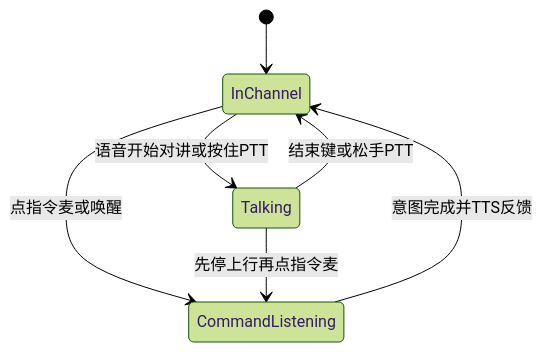
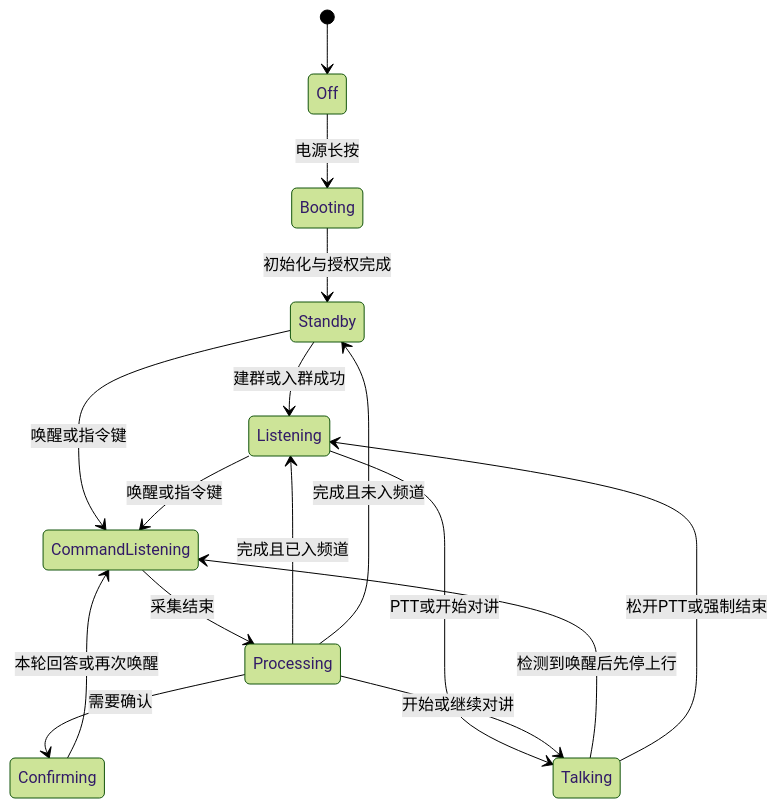
Before and after one commit to AdairZeng/fleet-ptt: the diagram in docs/product-design.md, drawn with Mermaid (forest theme). The commit also changed other lines of this file and 3 other files, not shown here.

````diff
--- a/docs/product-design.md
+++ b/docs/product-design.md
@@ -34,9 +125,18 @@
 ```mermaid
 stateDiagram-v2
-  [*] --> InChannel
-  InChannel --> CommandListening: 点指令麦或唤醒
-  CommandListening --> InChannel: 意图完成并TTS反馈
-  InChannel --> Talking: 语音开始对讲或按住PTT
-  Talking --> InChannel: 结束键或松手PTT
-  Talking --> CommandListening: 先停上行再点指令麦
+  [*] --> Off
+  Off --> Booting: 电源长按
+  Booting --> Standby: 初始化与授权完成
+  Standby --> Listening: 建群或入群成功
+  Standby --> CommandListening: 唤醒或指令键
+  Listening --> CommandListening: 唤醒或指令键
+  Listening --> Talking: PTT或开始对讲
+  Talking --> CommandListening: 检测到唤醒后先停上行
+  Talking --> Listening: 松开PTT或强制结束
+  CommandListening --> Processing: 采集结束
+  Processing --> Confirming: 需要确认
+  Confirming --> CommandListening: 本轮回答或再次唤醒
+  Processing --> Listening: 完成且已入频道
+  Processing --> Standby: 完成且未入频道
+  Processing --> Talking: 开始或继续对讲
 ```
````
